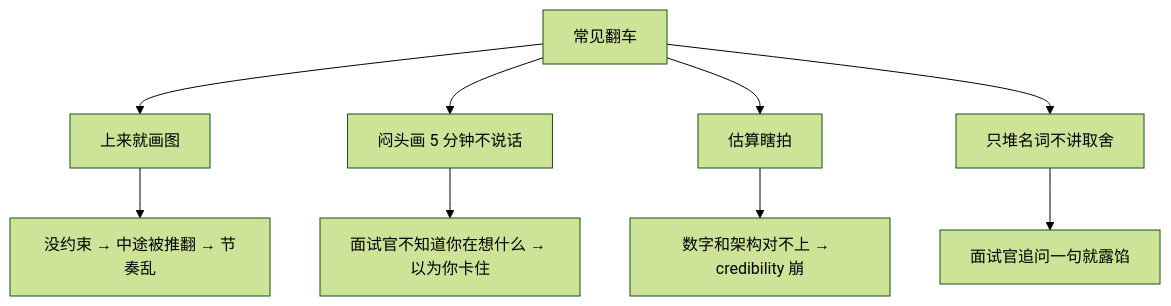
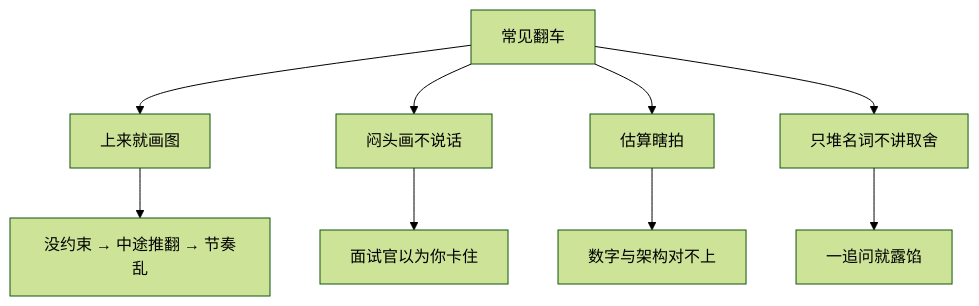
One commit to ml-cuizijun/LearnToLilith changed the third of 3 diagrams in 10-面试综合与系统设计/02-系统设计答题框架/知识点.md. Above: the diagram before and after it, drawn with Mermaid (forest theme). The commit also changed other lines of this file and 178 other files, not shown here.

````diff
--- a/10-面试综合与系统设计/02-系统设计答题框架/知识点.md
+++ b/10-面试综合与系统设计/02-系统设计答题框架/知识点.md
@@ -431,11 +353,11 @@
 ```mermaid
 flowchart TD
     A["常见翻车"] --> B["上来就画图"]
-    A --> C["闷头画 5 分钟不说话"]
+    A --> C["闷头画不说话"]
     A --> D["估算瞎拍"]
     A --> E["只堆名词不讲取舍"]
-    B --> F["没约束 → 中途被推翻 → 节奏乱"]
-    C --> G["面试官不知道你在想什么 → 以为你卡住"]
-    D --> H["数字和架构对不上 →  credibility 崩"]
-    E --> I["面试官追问一句就露馅"]
+    B --> F["没约束 → 中途推翻 → 节奏乱"]
+    C --> G["面试官以为你卡住"]
+    D --> H["数字与架构对不上"]
+    E --> I["一追问就露馅"]
 ```
````
